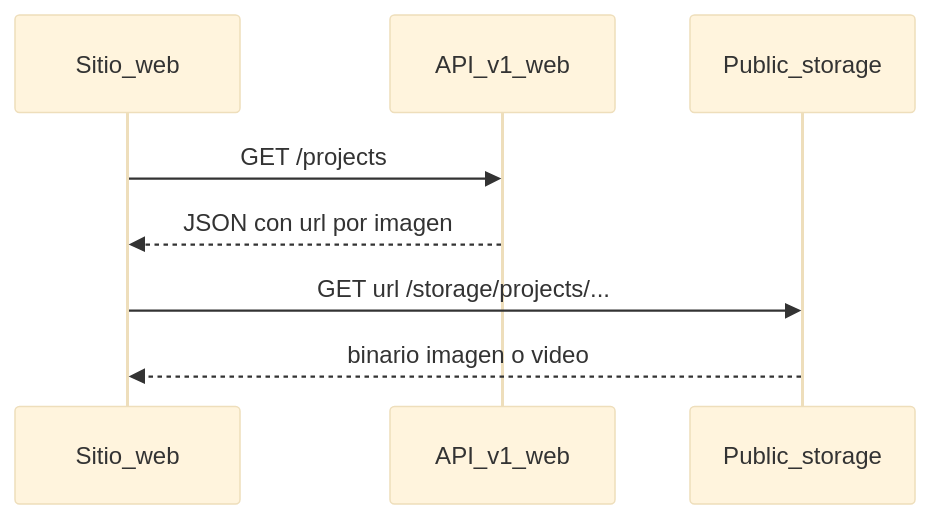
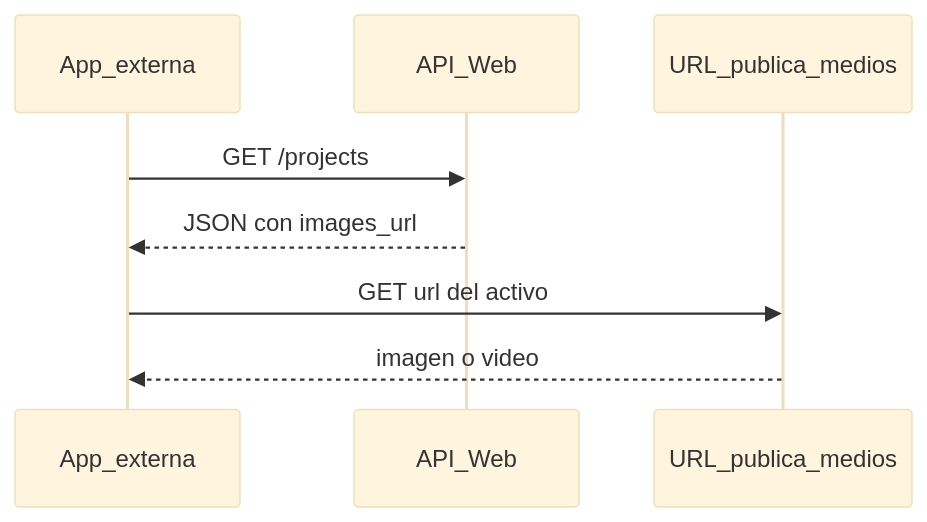
One commit to abitae/crm_lotes changed the diagram in docs/API_WEB.md. Above: the diagram before and after it, drawn with Mermaid (base theme). The commit also changed other lines of this file and 13 other files, not shown here.

````diff
--- a/docs/API_WEB.md
+++ b/docs/API_WEB.md
@@ -263,11 +366,11 @@
 ```mermaid
 sequenceDiagram
-  participant Web as Sitio_web
-  participant API as API_v1_web
-  participant Storage as Public_storage
+  participant App as App_externa
+  participant API as API_Web
+  participant CDN as URL_publica_medios
 
-  Web->>API: GET /projects
-  API-->>Web: JSON con url por imagen
-  Web->>Storage: GET url /storage/projects/...
-  Storage-->>Web: binario imagen o video
+  App->>API: GET /projects
+  API-->>App: JSON con images_url
+  App->>CDN: GET url del activo
+  CDN-->>App: imagen o video
 ```
````
